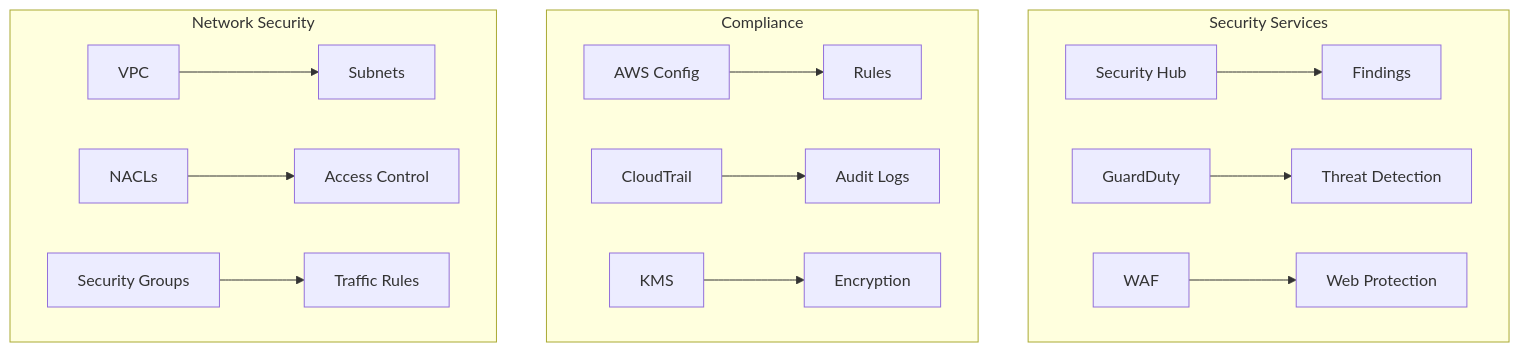
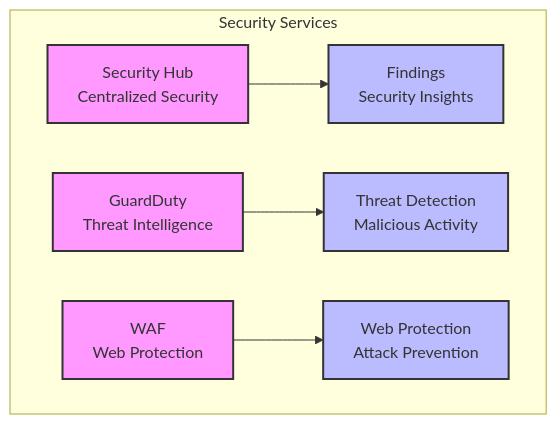
Diagram 11 of 21 in README.md (Jencheng1/DocuVector), drawn with Mermaid before and after one commit. The commit also changed other lines of this file, not shown here.

````diff
--- a/README.md
+++ b/README.md
@@ -150,20 +272,15 @@
 ```mermaid
 graph TD
+    style A fill:#f9f,stroke:#333,stroke-width:2px
+    style B fill:#bbf,stroke:#333,stroke-width:2px
+    style C fill:#f9f,stroke:#333,stroke-width:2px
+    style D fill:#bbf,stroke:#333,stroke-width:2px
+    style E fill:#f9f,stroke:#333,stroke-width:2px
+    style F fill:#bbf,stroke:#333,stroke-width:2px
+
     subgraph "Security Services"
-        A[Security Hub] --> B[Findings]
-        C[GuardDuty] --> D[Threat Detection]
-        E[WAF] --> F[Web Protection]
-    end
-
-    subgraph "Compliance"
-        G[AWS Config] --> H[Rules]
-        I[CloudTrail] --> J[Audit Logs]
-        K[KMS] --> L[Encryption]
-    end
-
-    subgraph "Network Security"
-        M[VPC] --> N[Subnets]
-        O[NACLs] --> P[Access Control]
-        Q[Security Groups] --> R[Traffic Rules]
+        A[Security Hub<br/>Centralized Security] --> B[Findings<br/>Security Insights]
+        C[GuardDuty<br/>Threat Intelligence] --> D[Threat Detection<br/>Malicious Activity]
+        E[WAF<br/>Web Protection] --> F[Web Protection<br/>Attack Prevention]
     end
 ```
````
